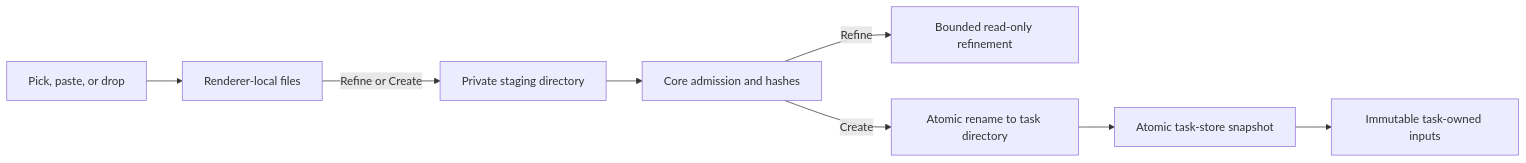
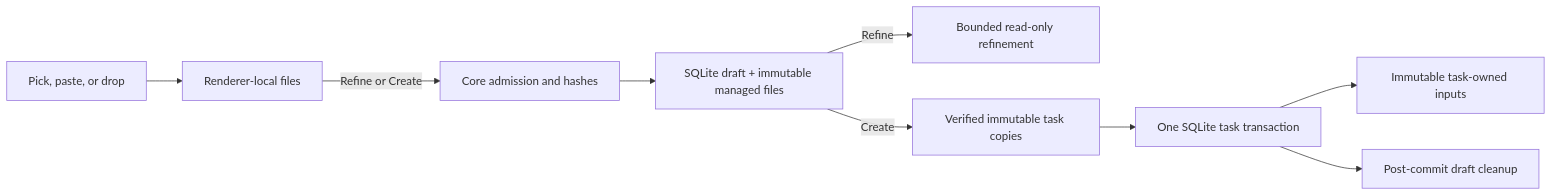
Before and after one commit to RojhatToptamus/task-monki: the diagram in docs/architecture/ATTACHMENT_LIFECYCLE.md, drawn with Mermaid. The commit also changed other lines of this file and 136 other files, not shown here.

````diff
--- a/docs/architecture/ATTACHMENT_LIFECYCLE.md
+++ b/docs/architecture/ATTACHMENT_LIFECYCLE.md
@@ -62,10 +62,11 @@
 ```mermaid
 flowchart LR
   Input["Pick, paste, or drop"] --> Local["Renderer-local files"]
-  Local -->|"Refine or Create"| Stage["Private staging directory"]
-  Stage --> Validate["Core admission and hashes"]
-  Validate -->|"Refine"| Inspect["Bounded read-only refinement"]
-  Validate -->|"Create"| Rename["Atomic rename to task directory"]
-  Rename --> Store["Atomic task-store snapshot"]
+  Local -->|"Refine or Create"| Validate["Core admission and hashes"]
+  Validate --> Stage["SQLite draft + immutable managed files"]
+  Stage -->|"Refine"| Inspect["Bounded read-only refinement"]
+  Stage -->|"Create"| Copy["Verified immutable task copies"]
+  Copy --> Store["One SQLite task transaction"]
   Store --> Task["Immutable task-owned inputs"]
+  Store --> Cleanup["Post-commit draft cleanup"]
 ```
````
